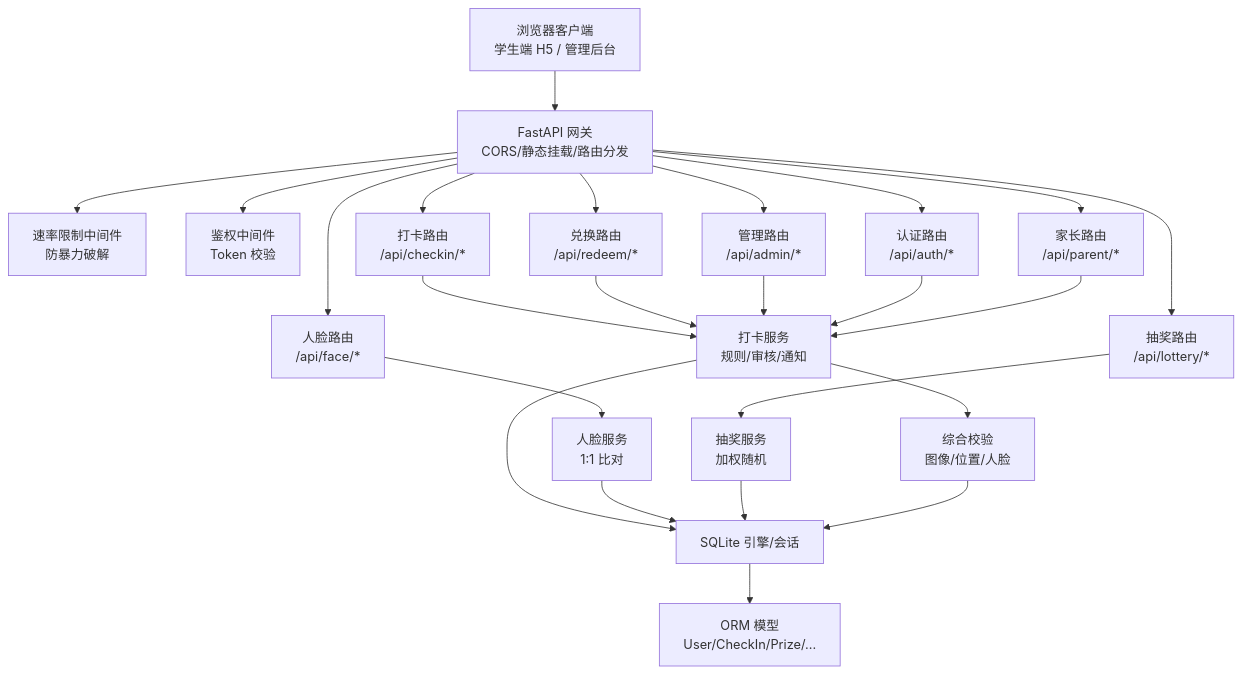
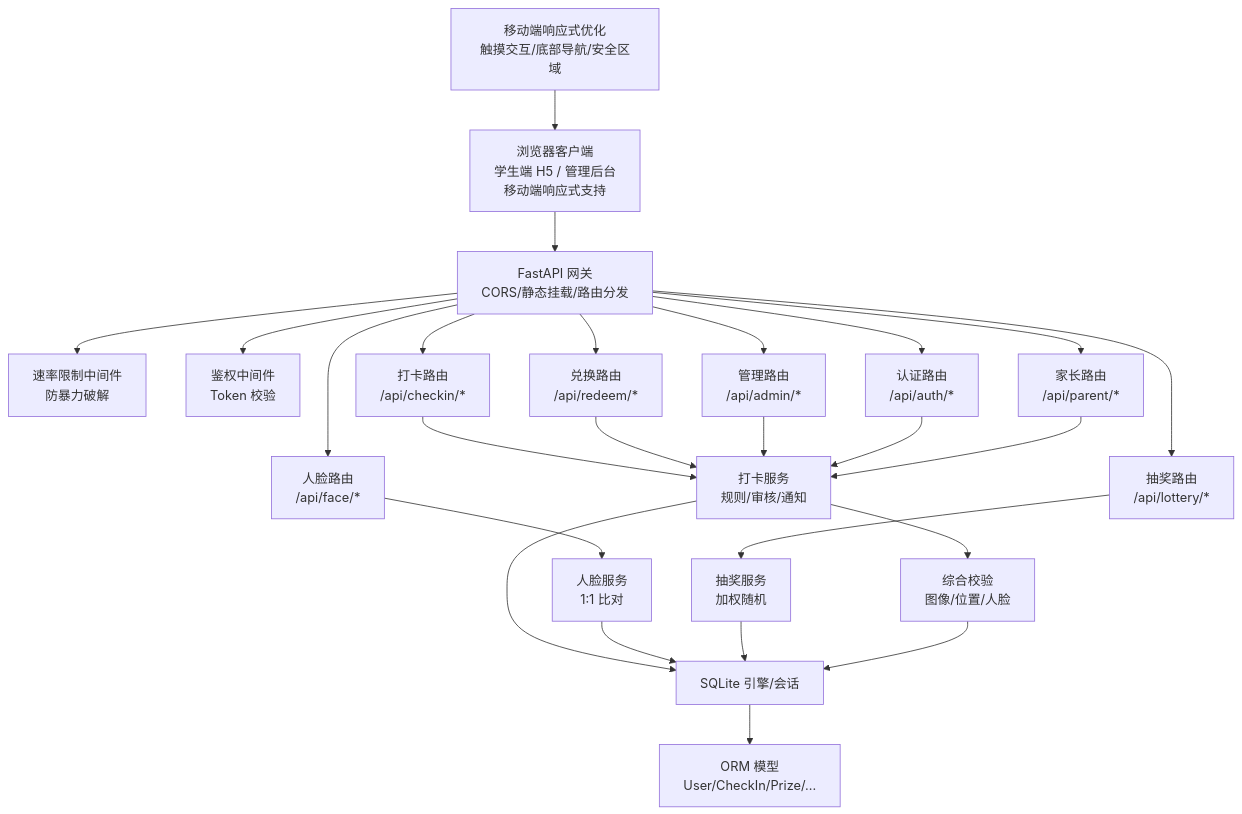
Before and after one commit to onebody/homework: the second of 11 diagrams in .qoder/repowiki/zh/content/项目概述/暑假作业打卡系统介绍/暑假作业打卡系统介绍.md, drawn with Mermaid. The commit also changed other lines of this file and 6 other files, not shown here.

````diff
--- a/.qoder/repowiki/zh/content/项目概述/暑假作业打卡系统介绍/暑假作业打卡系统介绍.md
+++ b/.qoder/repowiki/zh/content/项目概述/暑假作业打卡系统介绍/暑假作业打卡系统介绍.md
@@ -137,43 +146,45 @@
 ```mermaid
 graph TB
-Client["浏览器客户端<br/>学生端 H5 / 管理后台"]
+Client["浏览器客户端<br/>学生端 H5 / 管理后台<br/>移动端响应式支持"]
 API["FastAPI 网关<br/>CORS/静态挂载/路由分发"]
 RateLimit["速率限制中间件<br/>防暴力破解"]
 Auth["鉴权中间件<br/>Token 校验"]
 RCheckin["打卡路由<br/>/api/checkin/*"]
 RFace["人脸路由<br/>/api/face/*"]
 RLottery["抽奖路由<br/>/api/lottery/*"]
 RRedeem["兑换路由<br/>/api/redeem/*"]
 RAdmin["管理路由<br/>/api/admin/*"]
 RAuth["认证路由<br/>/api/auth/*"]
 RParent["家长路由<br/>/api/parent/*"]
 SvcCheckin["打卡服务<br/>规则/审核/通知"]
 SvcFace["人脸服务<br/>1:1 比对"]
 SvcVerify["综合校验<br/>图像/位置/人脸"]
 SvcLottery["抽奖服务<br/>加权随机"]
 DB["SQLite 引擎/会话"]
 Models["ORM 模型<br/>User/CheckIn/Prize/..."]
+MobileOpt["移动端响应式优化<br/>触摸交互/底部导航/安全区域"]
 Client --> API
 API --> RateLimit
 API --> Auth
 API --> RCheckin
 API --> RFace
 API --> RLottery
 API --> RRedeem
 API --> RAdmin
 API --> RAuth
 API --> RParent
 RCheckin --> SvcCheckin
 RFace --> SvcFace
 RLottery --> SvcLottery
 RRedeem --> SvcCheckin
 RAdmin --> SvcCheckin
 RAuth --> SvcCheckin
 RParent --> SvcCheckin
 SvcCheckin --> SvcVerify
 SvcCheckin --> DB
 SvcFace --> DB
 SvcLottery --> DB
 SvcVerify --> DB
 DB --> Models
+MobileOpt --> Client
 ```
````
